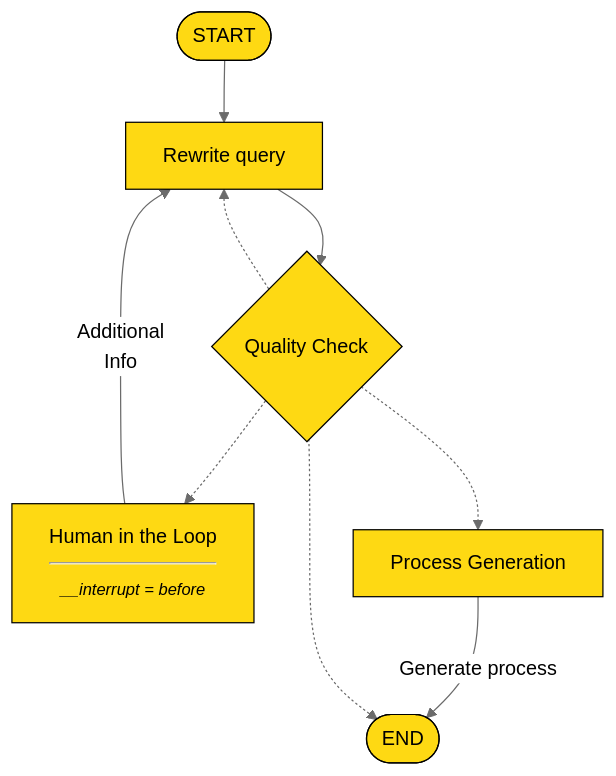
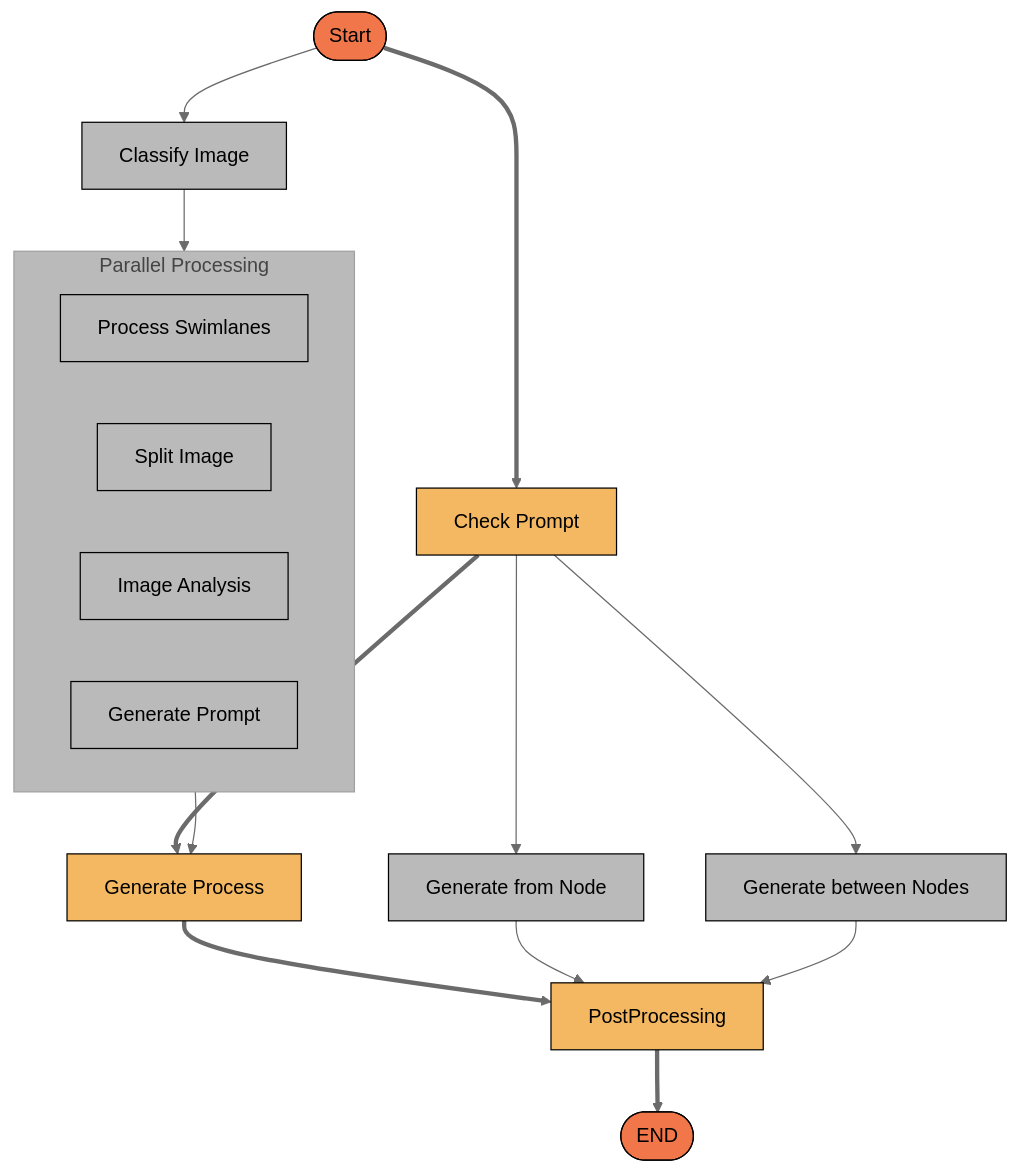
Before and after one commit to flowx-ai/flowx-docs: the first of 2 diagrams in 4.7.x/docs/platform-deep-dive/ai-core/ai-analyst.mdx, drawn with Mermaid. The commit also changed other lines of this file and 5 other files, not shown here.

````diff
--- a/4.7.x/docs/platform-deep-dive/ai-core/ai-analyst.mdx
+++ b/4.7.x/docs/platform-deep-dive/ai-core/ai-analyst.mdx
@@ -84,32 +37,48 @@
 ```mermaid
 %%{
   init: {
-    
     'theme': 'base',
     'themeVariables': {
-      'primaryColor': '#fed913',
+      'primaryColor': '#f1774a',
       'primaryTextColor': '#000',
       'primaryBorderColor': '#000',
       'lineColor': '#6b6b6b',
-      'secondaryColor': '#fff',
-      'tertiaryColor': '#000'
+      'secondaryColor': '#f3b861',
+      'tertiaryColor': '#bababa'
     }
   }
 }%%
 graph TD;
-    __start__([START]):::first
-    chatbot_quality_check{Quality Check}
-    human[Human in the Loop<hr/><small><em>__interrupt = before</em></small>]
-    process_generation[Process Generation]
-    rewrite_query[Rewrite query]
-    __end__([END]):::last
-    __start__ --> rewrite_query;
-    human -->|Additional \n Info| rewrite_query;
-    process_generation -->|Generate process| __end__;
-    rewrite_query --> chatbot_quality_check;
-    chatbot_quality_check -.-> human;
-    chatbot_quality_check -.-> process_generation;
-    chatbot_quality_check -.-> rewrite_query;
-    chatbot_quality_check -.-> __end__;
-
+    Start([Start]):::primary
+    Check_Prompt[Check Prompt]:::secondary
+    Classify_Image[Classify Image]:::tertiary
+    Generate_Process[Generate Process]:::secondary
+    Generate_from_Node[Generate from Node]:::tertiary
+    Generate_between_Nodes[Generate between Nodes]:::tertiary
+    PostProcessing[PostProcessing]:::secondary
+    END([END]):::primary
+    
+    subgraph Parallel_Processing [Parallel Processing]
+        Process_Swimlanes[Process Swimlanes]:::tertiary
+        Split_Image[Split Image]:::tertiary
+        Image_Analysis[Image Analysis]:::tertiary
+        Generate_Prompt[Generate Prompt]:::tertiary
+    end
+    
+    Start ==> Check_Prompt;
+    Start --> Classify_Image;
+    Classify_Image --> Parallel_Processing;
+    Parallel_Processing --> Generate_Process;
+    Check_Prompt ==> Generate_Process;
+    Check_Prompt --> Generate_from_Node;
+    Check_Prompt --> Generate_between_Nodes;
+    Generate_Process ==> PostProcessing;
+    Generate_from_Node --> PostProcessing;
+    Generate_between_Nodes --> PostProcessing;
+    PostProcessing ==> END;
+    
+    %% Styling
+    classDef primary fill:#f1774a,stroke:#000,stroke-width:1px,color:#000;
+    classDef secondary fill:#f3b861,stroke:#000,stroke-width:1px,color:#000;
+    classDef tertiary fill:#bababa,stroke:#000,stroke-width:1px,color:#000;
 ```
````
